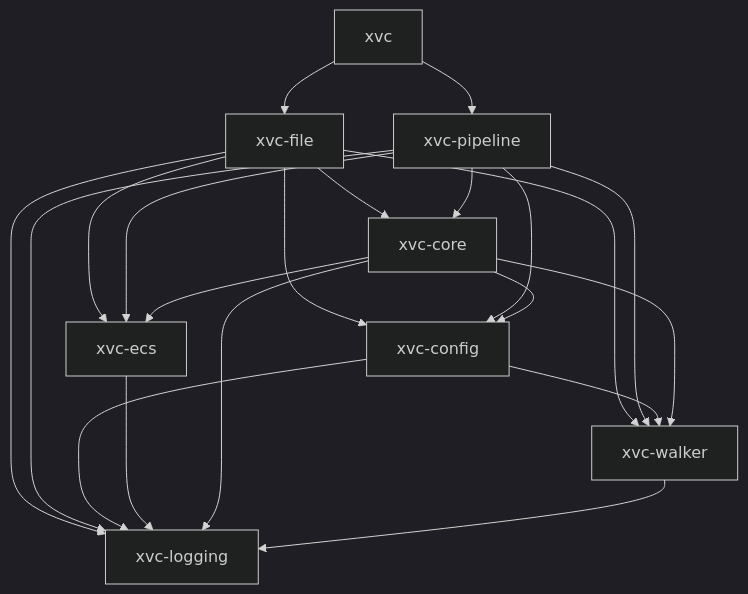
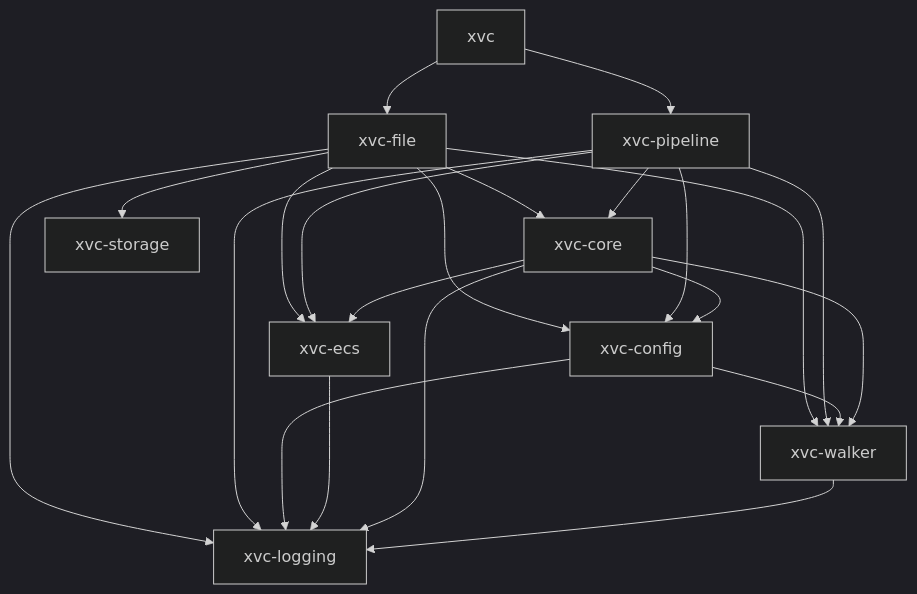
Before and after one commit to iesahin/xvc: the first of 2 diagrams in book/src/arch/index.md, drawn with Mermaid (dark theme). The commit also changed other lines of this file and 1 other file, not shown here.

````diff
--- a/book/src/arch/index.md
+++ b/book/src/arch/index.md
@@ -68,30 +72,31 @@
 ```mermaid 
 graph TD 
 
 xvc --> xvc-file
 xvc --> xvc-pipeline
 
 xvc-file --> xvc-config
 xvc-file --> xvc-core
 xvc-file --> xvc-ecs
 xvc-file --> xvc-logging
 xvc-file --> xvc-walker
+xvc-file --> xvc-storage
 
 xvc-pipeline --> xvc-config 
 xvc-pipeline --> xvc-core
 xvc-pipeline --> xvc-ecs
 xvc-pipeline --> xvc-logging
 xvc-pipeline --> xvc-walker
 
 xvc-config --> xvc-walker
 xvc-config --> xvc-logging
 
 xvc-ecs --> xvc-logging
 
 xvc-core --> xvc-config
 xvc-core --> xvc-logging
 xvc-core --> xvc-walker
 xvc-core --> xvc-ecs
 
 xvc-walker --> xvc-logging
 ```
````
